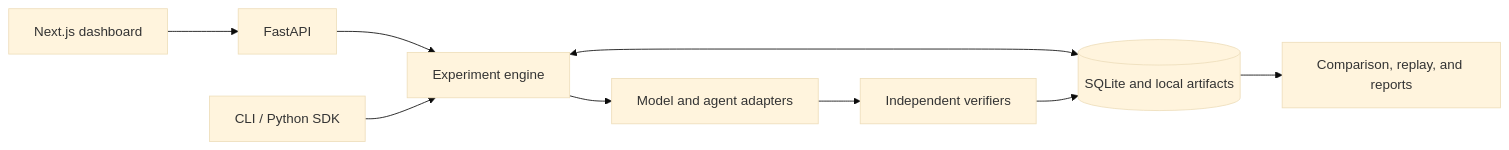
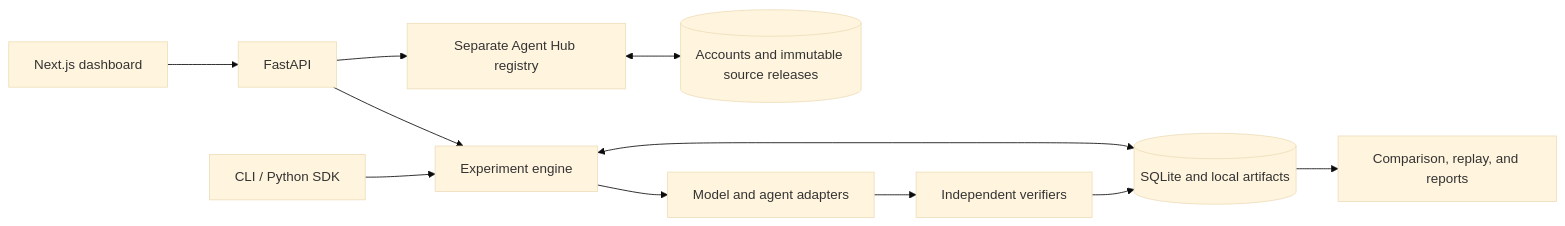
The diagram in README.md (nagasaipradhyumnapoola/benchmark_agents), drawn with Mermaid (base theme) before and after one commit. The commit also changed other lines of this file and 90 other files, not shown here.

Commit message:
Add Agent Hub, pinned source imports and multi-model agent benchmarks

````diff
--- a/README.md
+++ b/README.md
@@ -228,11 +255,13 @@
 ```mermaid
 flowchart LR
     Web[Next.js dashboard] --> API[FastAPI]
+    API --> Hub[Separate Agent Hub registry]
+    Hub <--> Releases[(Accounts and immutable source releases)]
     API --> Engine[Experiment engine]
     CLI[CLI / Python SDK] --> Engine
     Engine <--> Store[(SQLite and local artifacts)]
     Engine --> Adapters[Model and agent adapters]
     Adapters --> Verification[Independent verifiers]
     Verification --> Store
     Store --> Analysis[Comparison, replay, and reports]
 ```
````
